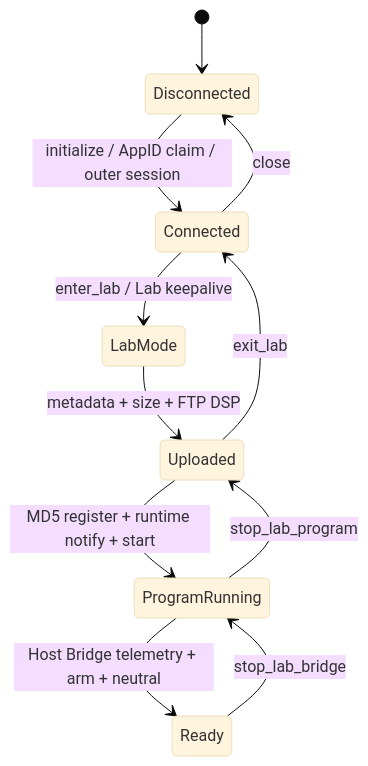
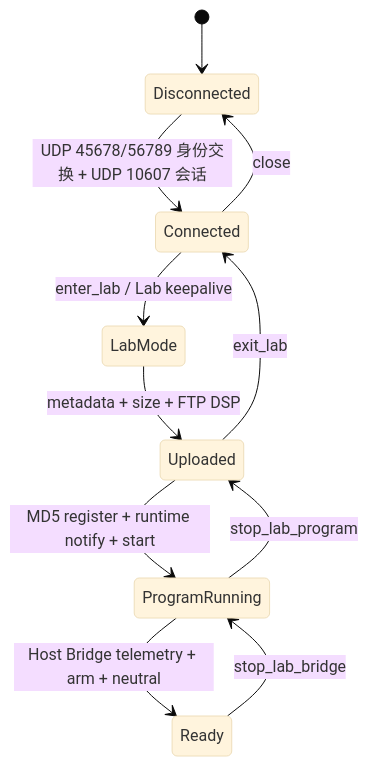
One commit to elonzh/hanppie changed the sixth of 7 diagrams in docs/architecture.md. Above: the diagram before and after it, drawn with Mermaid (base theme). The commit also changed other lines of this file and 16 other files, not shown here.

````diff
--- a/docs/architecture.md
+++ b/docs/architecture.md
@@ -527,13 +685,13 @@
 ```mermaid
 stateDiagram-v2
     [*] --> Disconnected
-    Disconnected --> Connected: initialize / AppID claim / outer session
+    Disconnected --> Connected: UDP 45678/56789 身份交换 + UDP 10607 会话
     Connected --> LabMode: enter_lab / Lab keepalive
     LabMode --> Uploaded: metadata + size + FTP DSP
     Uploaded --> ProgramRunning: MD5 register + runtime notify + start
     ProgramRunning --> Ready: Host Bridge telemetry + arm + neutral
     Ready --> ProgramRunning: stop_lab_bridge
     ProgramRunning --> Uploaded: stop_lab_program
     Uploaded --> Connected: exit_lab
     Connected --> Disconnected: close
 ```
````
